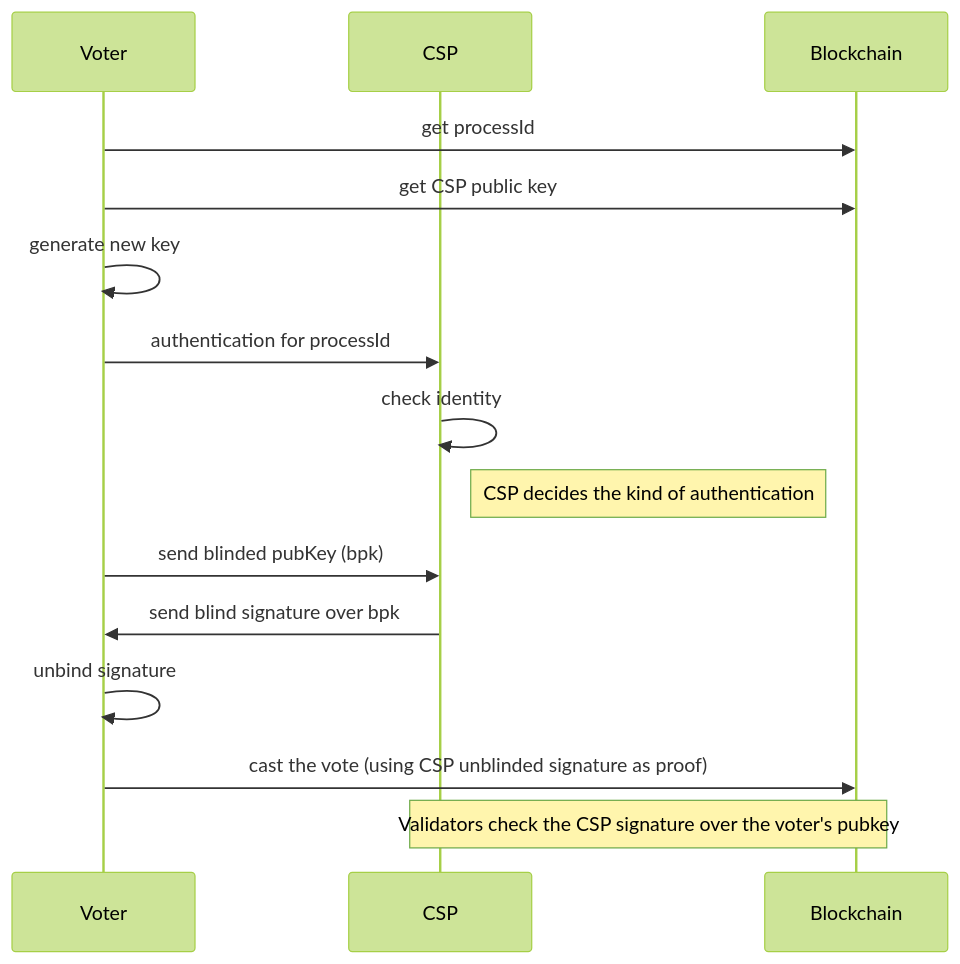
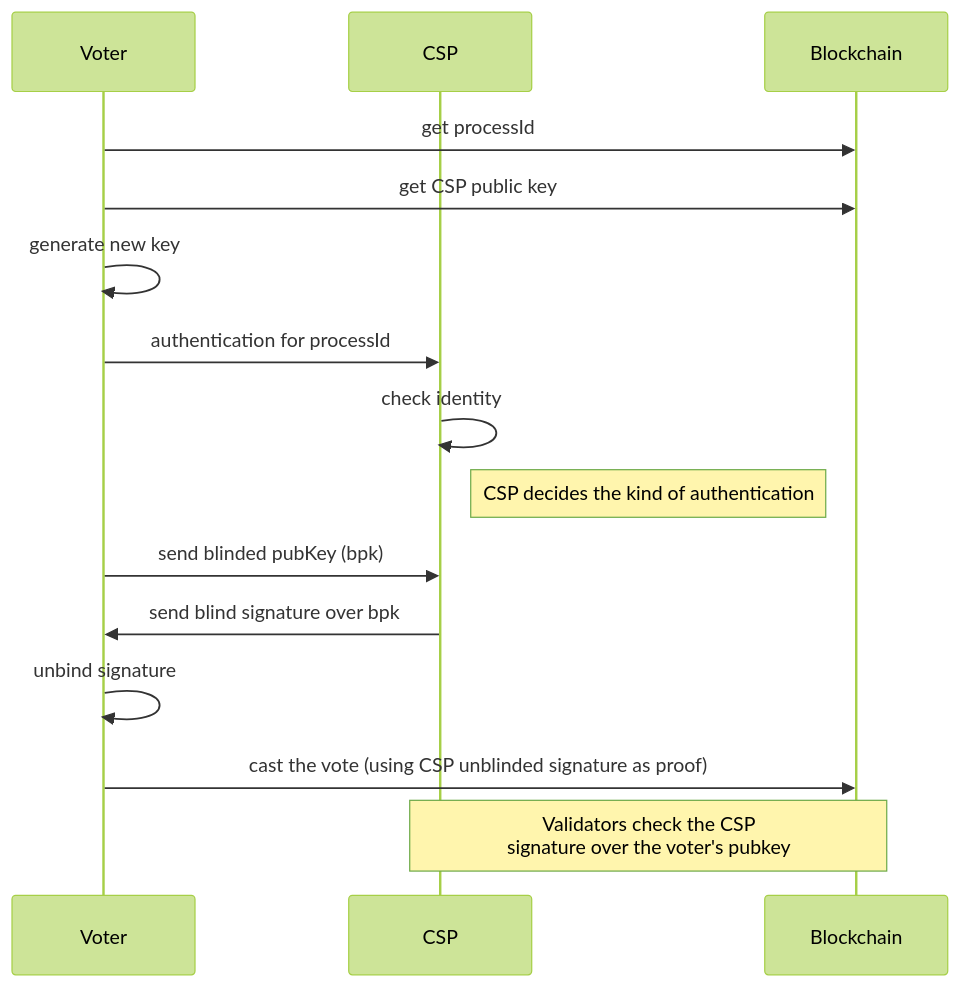
One commit to vocdoni/docs changed the diagram in src/architecture/census/off-chain-csp.md. Above: the diagram before and after it, drawn with Mermaid. The commit also changed other lines of this file and 4 other files, not shown here.

````diff
--- a/src/architecture/census/off-chain-csp.md
+++ b/src/architecture/census/off-chain-csp.md
@@ -3,22 +11,22 @@
 ```mermaid
 %%{init: {'theme':'forest'}}%%
 
 sequenceDiagram
     participant Voter
     participant CSP 
     participant BC as Blockchain
 
     Voter->>BC: get processId
     Voter->>BC: get CSP public key
     Voter->>Voter: generate new key
     Voter->>CSP: authentication for processId
     CSP->>CSP: check identity
     Note right of CSP: CSP decides the kind of authentication
 
     Voter->>CSP: send blinded pubKey (bpk)
     CSP->>Voter: send blind signature over bpk
     Voter->>Voter: unbind signature
     Voter->>BC: cast the vote (using CSP unblinded signature as proof)
-    Note over CSP, BC: Validators check the CSP signature over the voter's pubkey
+    Note over CSP, BC: Validators check the CSP<br/> signature over the voter's pubkey
 
 ```
````
